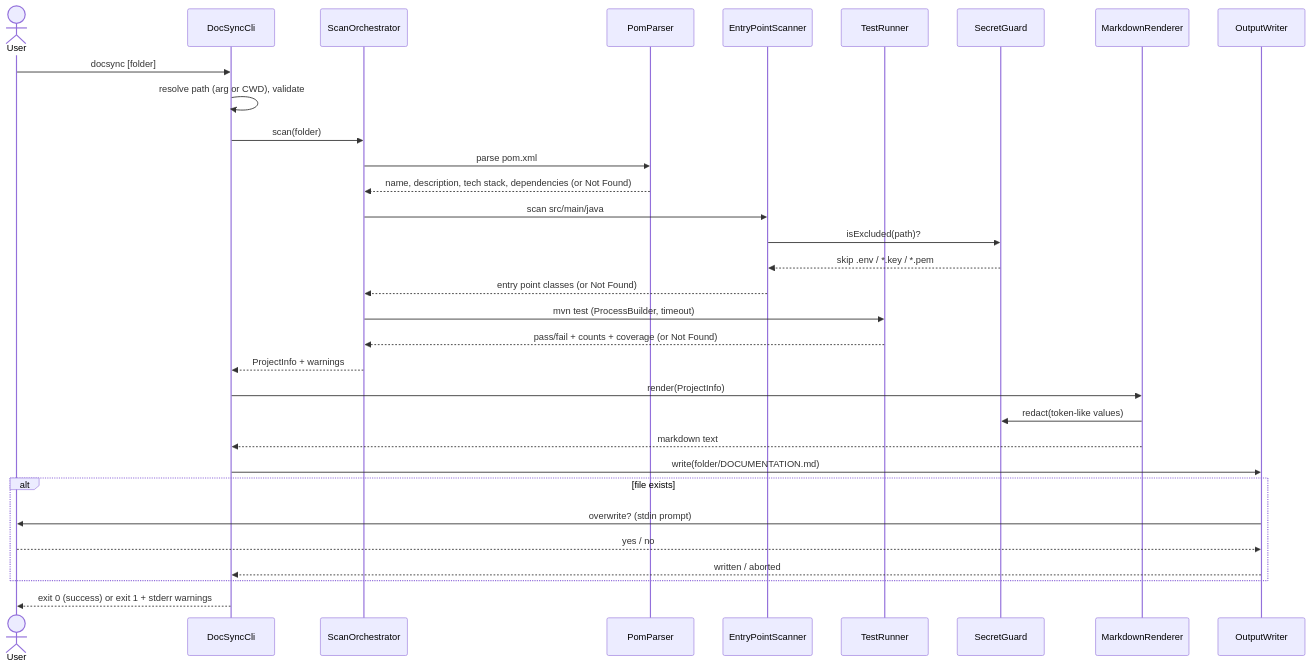
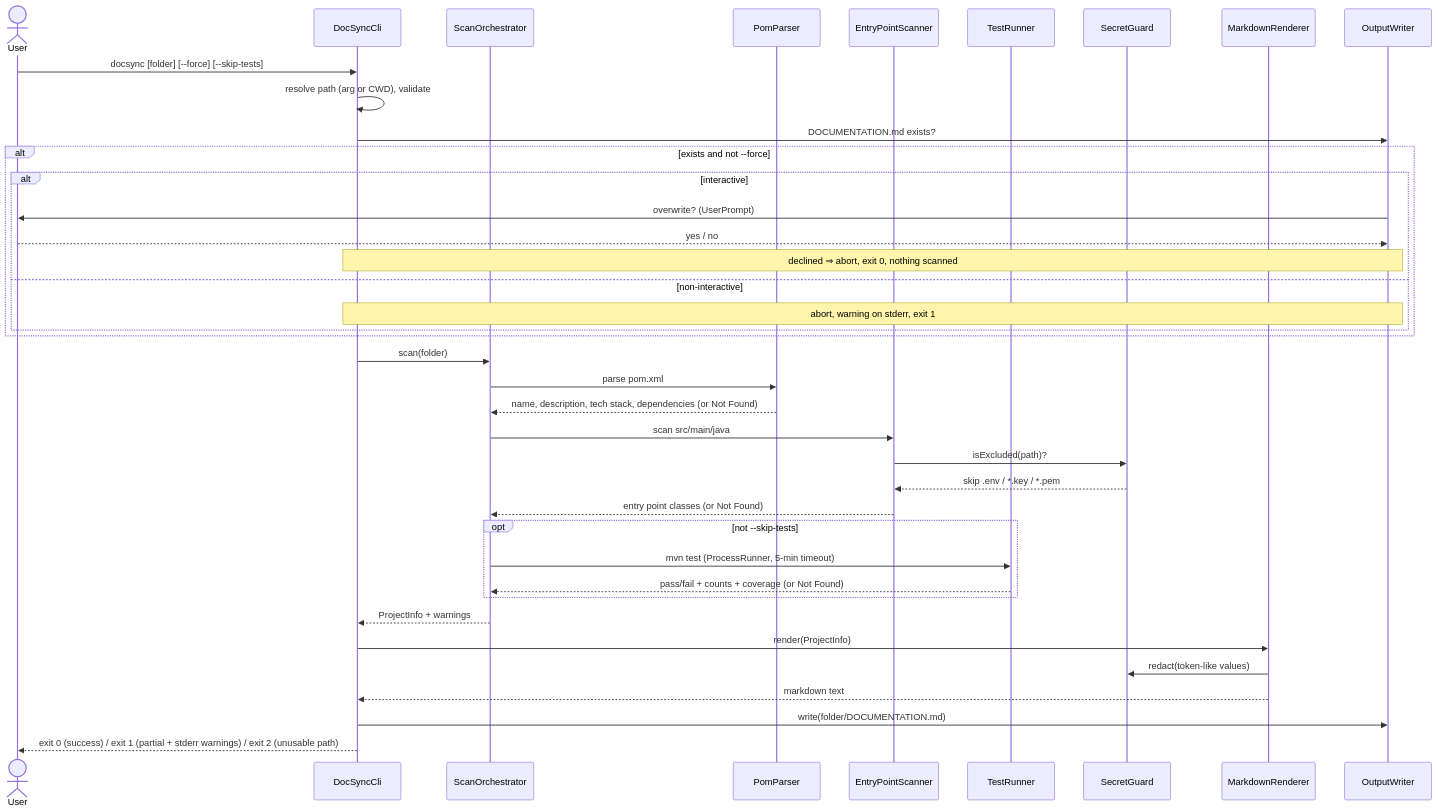
Before and after one commit to vidhi2502/agentic-sdlc-capstone: the second of 2 diagrams in docs/architecture.md, drawn with Mermaid. The commit also changed other lines of this file and 2 other files, not shown here.

Commit message:
docs(design-review): add review and update architecture

````diff
--- a/docs/architecture.md
+++ b/docs/architecture.md
@@ -64,35 +68,42 @@
 ```mermaid
 sequenceDiagram
     actor U as User
     participant C as DocSyncCli
     participant O as ScanOrchestrator
     participant P as PomParser
     participant E as EntryPointScanner
     participant T as TestRunner
     participant S as SecretGuard
     participant R as MarkdownRenderer
     participant W as OutputWriter
 
-    U->>C: docsync [folder]
+    U->>C: docsync [folder] [--force] [--skip-tests]
     C->>C: resolve path (arg or CWD), validate
+    C->>W: DOCUMENTATION.md exists?
+    alt exists and not --force
+        alt interactive
+            W->>U: overwrite? (UserPrompt)
+            U-->>W: yes / no
+            Note over C,W: declined ⇒ abort, exit 0, nothing scanned
+        else non-interactive
+            Note over C,W: abort, warning on stderr, exit 1
+        end
+    end
     C->>O: scan(folder)
     O->>P: parse pom.xml
     P-->>O: name, description, tech stack, dependencies (or Not Found)
     O->>E: scan src/main/java
     E->>S: isExcluded(path)?
     S-->>E: skip .env / *.key / *.pem
     E-->>O: entry point classes (or Not Found)
-    O->>T: mvn test (ProcessBuilder, timeout)
-    T-->>O: pass/fail + counts + coverage (or Not Found)
+    opt not --skip-tests
+        O->>T: mvn test (ProcessRunner, 5-min timeout)
+        T-->>O: pass/fail + counts + coverage (or Not Found)
+    end
     O-->>C: ProjectInfo + warnings
     C->>R: render(ProjectInfo)
     R->>S: redact(token-like values)
     R-->>C: markdown text
     C->>W: write(folder/DOCUMENTATION.md)
-    alt file exists
-        W->>U: overwrite? (stdin prompt)
-        U-->>W: yes / no
-        W-->>C: written / aborted
-    end
-    C-->>U: exit 0 (success) or exit 1 + stderr warnings
+    C-->>U: exit 0 (success) / exit 1 (partial + stderr warnings) / exit 2 (unusable path)
 ```
````
